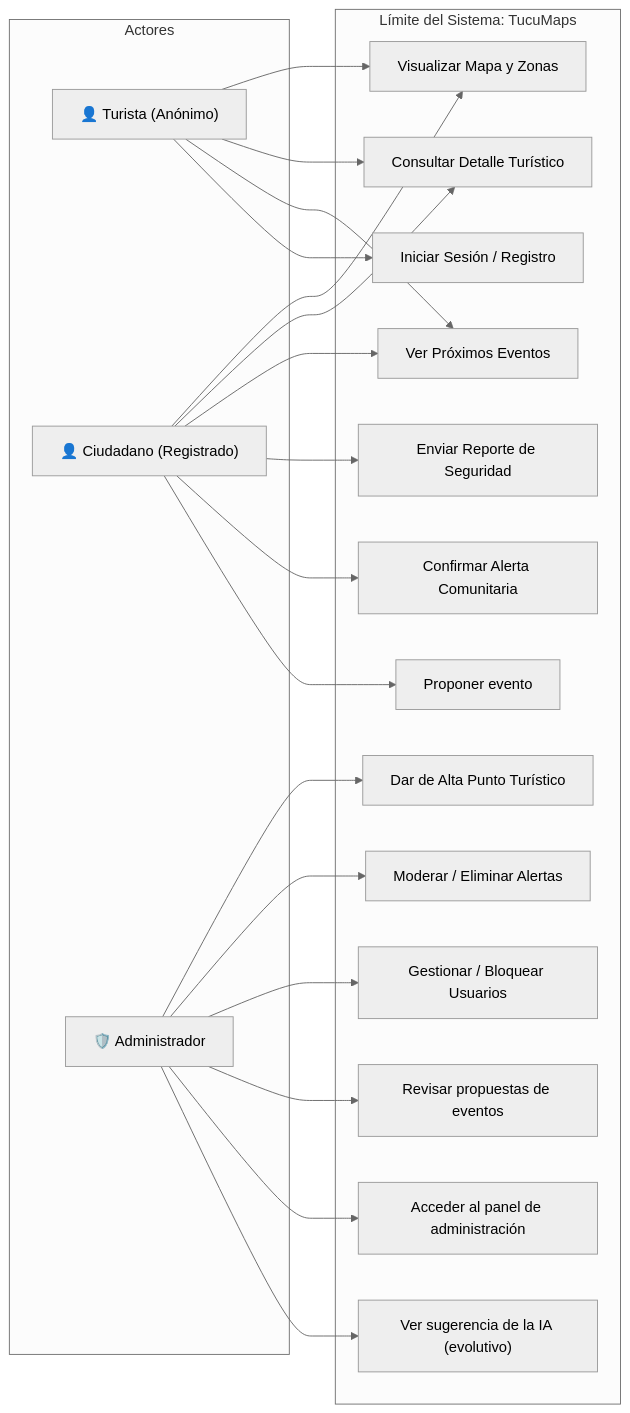
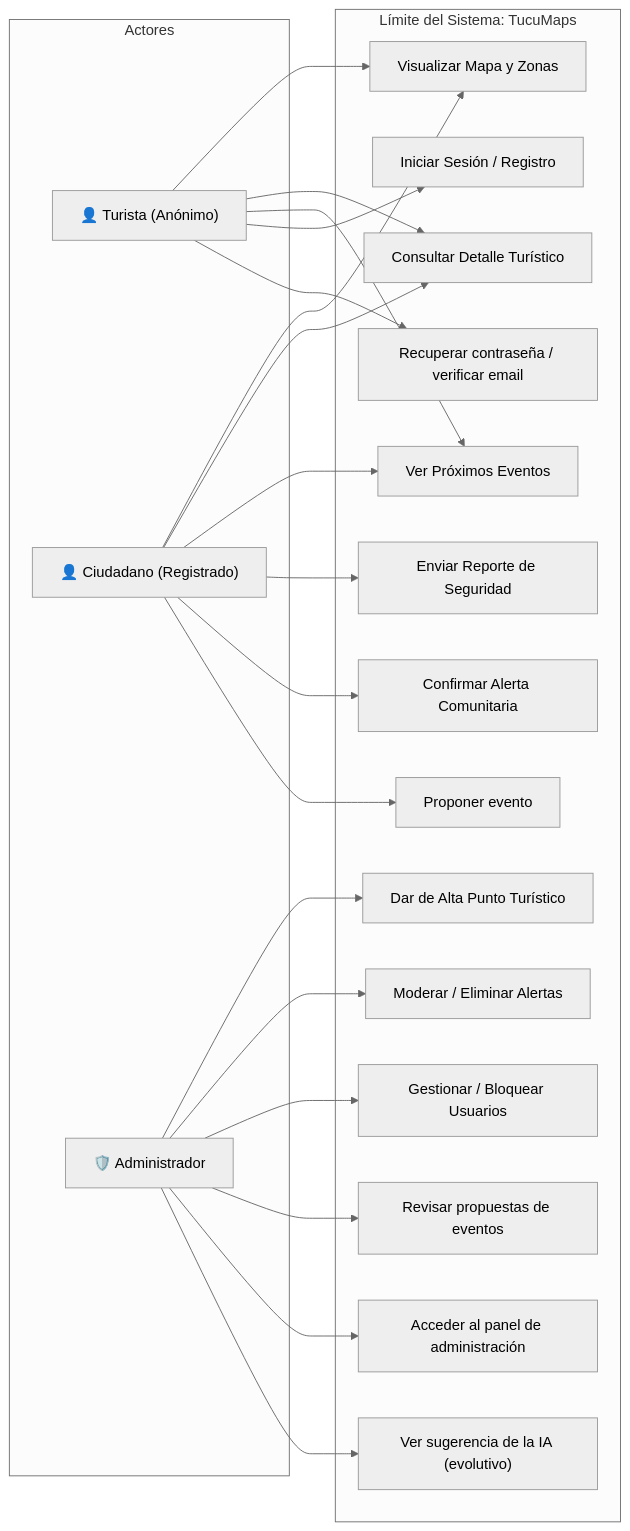
One commit to Fumacio/TucuMaps2 changed the diagram in docs/Diagrama de casos de uso TucuMaps.md. Above: the diagram before and after it, drawn with Mermaid (neutral theme). The commit also changed other lines of this file and 4 other files, not shown here.

````diff
--- a/docs/Diagrama de casos de uso TucuMaps.md
+++ b/docs/Diagrama de casos de uso TucuMaps.md
@@ -35,44 +35,46 @@
 ```mermaid
 flowchart LR
     subgraph Actores
         Anonimo["👤 Turista (Anónimo)"]
         Ciudadano["👤 Ciudadano (Registrado)"]
         Admin["🛡️ Administrador"]
     end
 
     subgraph TucuMaps["Límite del Sistema: TucuMaps"]
         CU1["Visualizar Mapa y Zonas"]
         CU2["Consultar Detalle Turístico"]
         CU3["Ver Próximos Eventos"]
         CU4["Iniciar Sesión / Registro"]
         CU5["Enviar Reporte de Seguridad"]
         CU6["Confirmar Alerta Comunitaria"]
         CU7["Dar de Alta Punto Turístico"]
         CU8["Moderar / Eliminar Alertas"]
         CU9["Gestionar / Bloquear Usuarios"]
         CU10["Revisar propuestas de eventos"]
         CU11["Proponer evento"]
         CU12["Acceder al panel de administración"]
         CU13["Ver sugerencia de la IA (evolutivo)"]
+        CU14["Recuperar contraseña / verificar email"]
     end
 
     %% Relaciones de actores
     Anonimo --> CU1
     Anonimo --> CU2
     Anonimo --> CU3
     Anonimo --> CU4
+    Anonimo --> CU14
 
     Ciudadano --> CU1
     Ciudadano --> CU2
     Ciudadano --> CU3
     Ciudadano --> CU5
     Ciudadano --> CU6
     Ciudadano --> CU11
 
     Admin --> CU7
     Admin --> CU8
     Admin --> CU9
     Admin --> CU10
     Admin --> CU12
     Admin --> CU13
 ```
````
